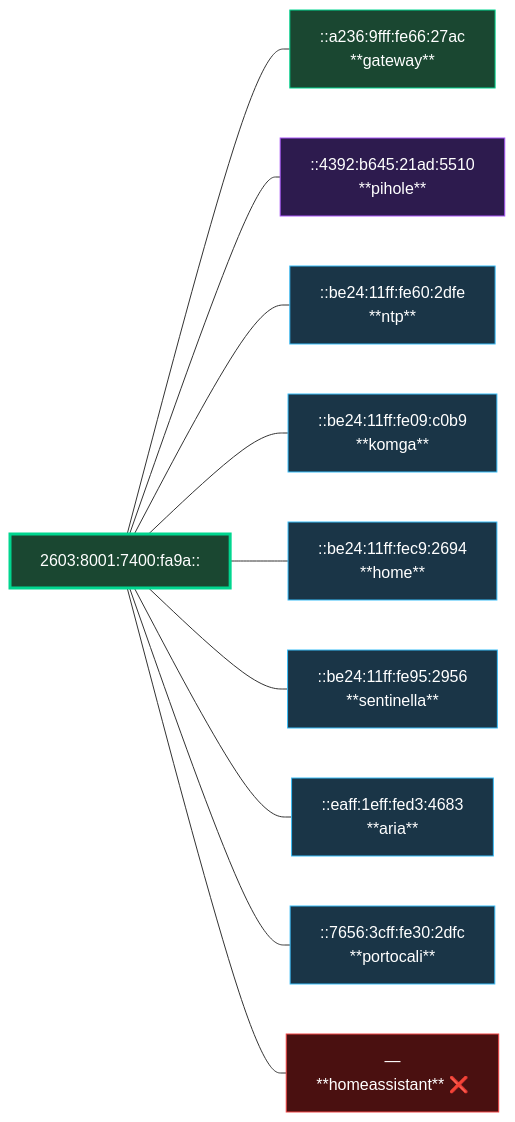
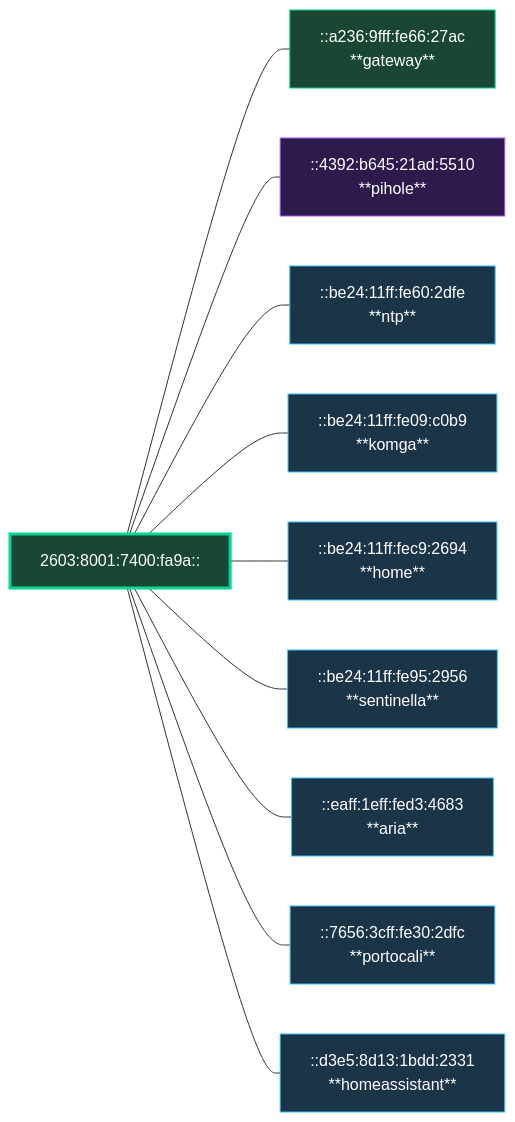
Before and after one commit to ParkWardRR/server.alpina-cleanup: the third of 5 diagrams in docs/network-diagram.md, drawn with Mermaid. The commit also changed other lines of this file and 4 other files, not shown here.

````diff
--- a/docs/network-diagram.md
+++ b/docs/network-diagram.md
@@ -186,34 +184,34 @@
 ```mermaid
 graph LR
     PREFIX["2603:8001:7400:fa9a::"]
 
     PREFIX --- G["::a236:9fff:fe66:27ac
     **gateway**"]
     PREFIX --- P["::4392:b645:21ad:5510
     **pihole**"]
     PREFIX --- N["::be24:11ff:fe60:2dfe
     **ntp**"]
     PREFIX --- K["::be24:11ff:fe09:c0b9
     **komga**"]
     PREFIX --- H["::be24:11ff:fec9:2694
     **home**"]
     PREFIX --- S["::be24:11ff:fe95:2956
     **sentinella**"]
     PREFIX --- A["::eaff:1eff:fed3:4683
     **aria**"]
     PREFIX --- PO["::7656:3cff:fe30:2dfc
     **portocali**"]
-    PREFIX --- HA["—
-    **homeassistant** ❌"]
+    PREFIX --- HA["::d3e5:8d13:1bdd:2331
+    **homeassistant**"]
 
     style PREFIX fill:#1a4731,stroke:#00d68f,color:#fff,stroke-width:3px
     style G fill:#1a4731,stroke:#00d68f,color:#fff
     style P fill:#2d1b4e,stroke:#a855f7,color:#fff
     style N fill:#1a3547,stroke:#38bdf8,color:#fff
     style K fill:#1a3547,stroke:#38bdf8,color:#fff
     style H fill:#1a3547,stroke:#38bdf8,color:#fff
     style S fill:#1a3547,stroke:#38bdf8,color:#fff
     style A fill:#1a3547,stroke:#38bdf8,color:#fff
     style PO fill:#1a3547,stroke:#38bdf8,color:#fff
-    style HA fill:#4a1010,stroke:#ef4444,color:#fff
+    style HA fill:#1a3547,stroke:#38bdf8,color:#fff
 ```
````
